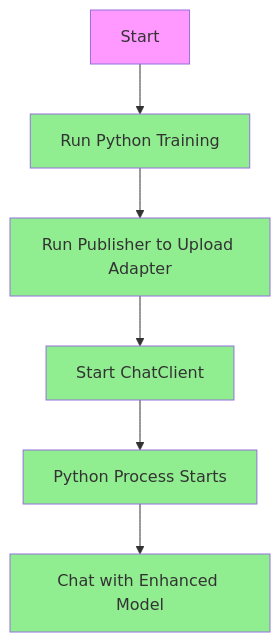
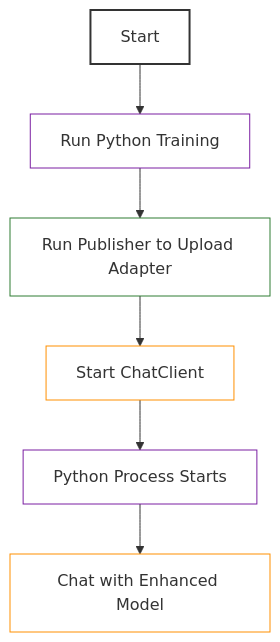
One commit to gsinghjay/LLMAdapterClient changed the eighth of 8 diagrams in STORY.md. Above: the diagram before and after it, drawn with Mermaid. The commit also changed other lines of this file, not shown here.

Commit message:
docs(diagrams): align mermaid diagrams with project styling standards

````diff
--- a/STORY.md
+++ b/STORY.md
@@ -422,15 +441,20 @@
 ```mermaid
-graph TD
+flowchart TD
+    %% Program execution flow
     A[Start] --> B[Run Python Training]
     B --> C[Run Publisher to Upload Adapter]
     C --> D[Start ChatClient]
     D --> E[Python Process Starts]
     E --> F[Chat with Enhanced Model]
     
-    style A fill:#f9f
-    style B fill:#90EE90
-    style C fill:#90EE90
-    style D fill:#90EE90
-    style E fill:#90EE90
-    style F fill:#90EE90
+    %% Apply styling according to standards
+    classDef start fill:transparent,stroke:#333,stroke-width:2px,fontFamily:Arial,sans-serif,fontSize:14px
+    classDef python fill:transparent,stroke:#7b1fa2,stroke-width:1px,fontFamily:Arial,sans-serif,fontSize:12px
+    classDef publisher fill:transparent,stroke:#2e7d32,stroke-width:1px,fontFamily:Arial,sans-serif,fontSize:12px
+    classDef chatClient fill:transparent,stroke:#ff8f00,stroke-width:1px,fontFamily:Arial,sans-serif,fontSize:12px
+    
+    class A start
+    class B,E python
+    class C publisher
+    class D,F chatClient
 ```
````
